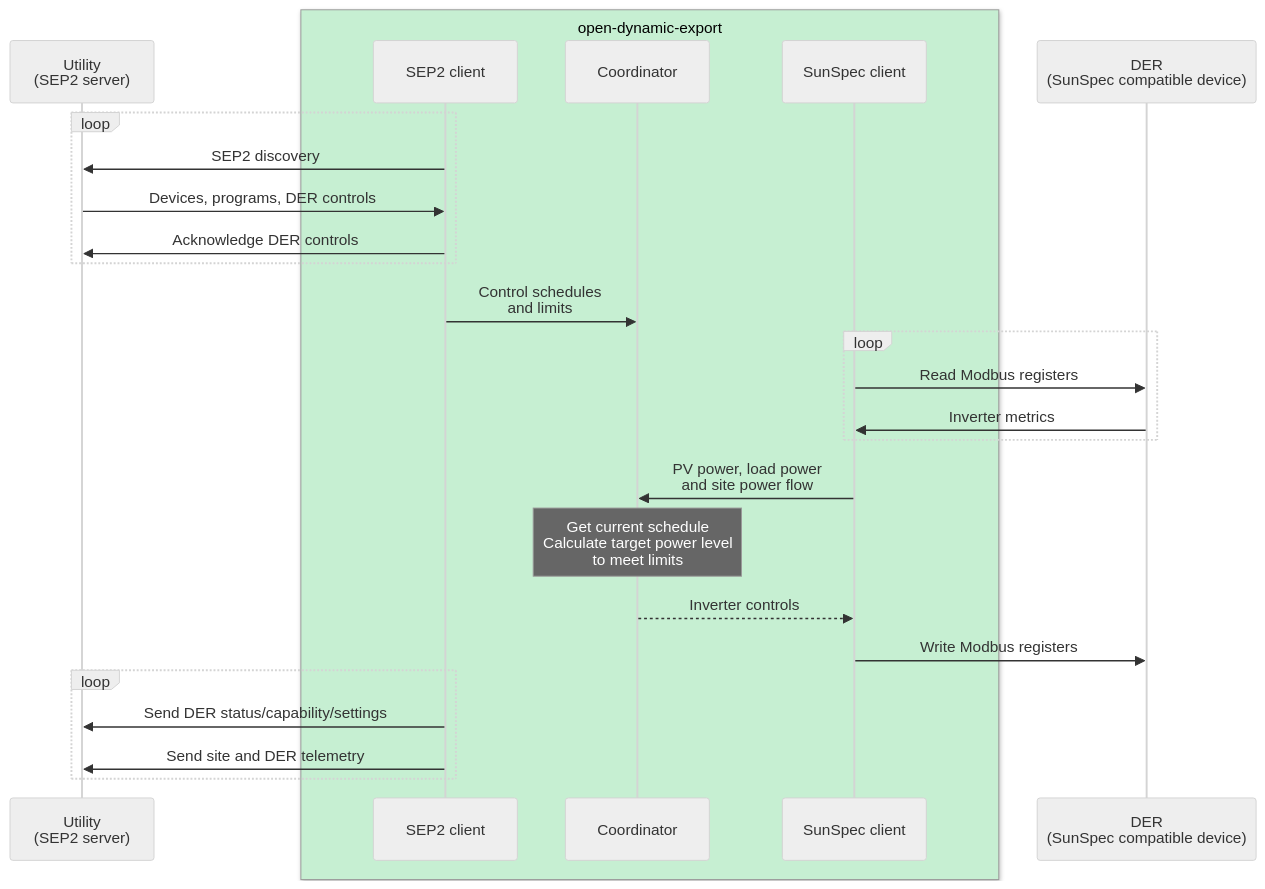
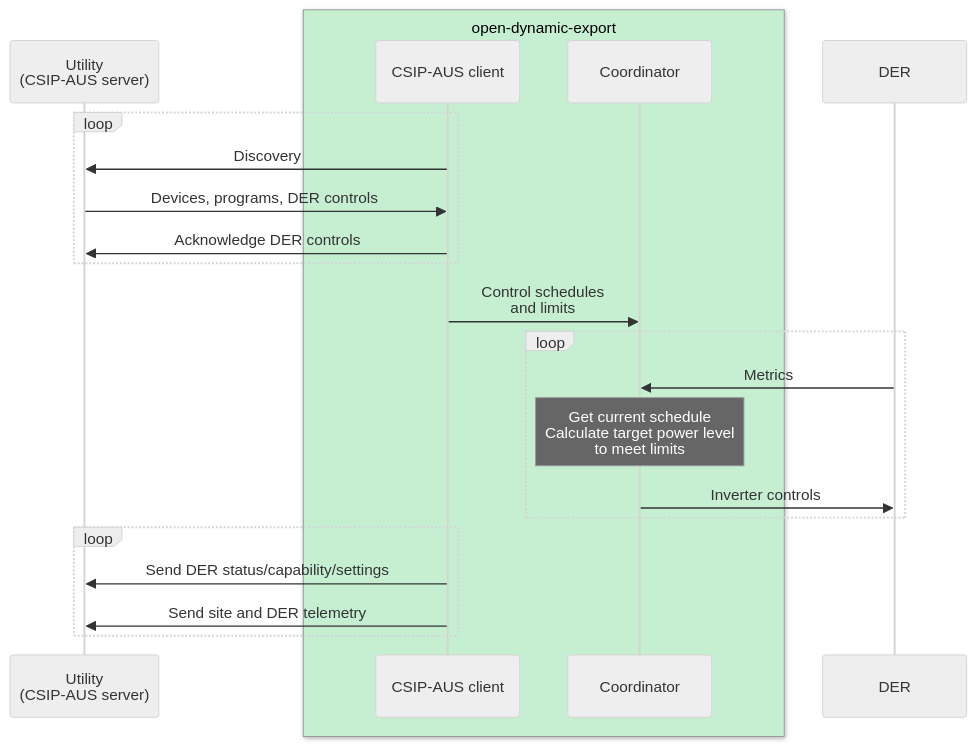
Before and after one commit to longzheng/open-dynamic-export: the second of 2 diagrams in README.md, drawn with Mermaid (neutral theme). The commit also changed other lines of this file, not shown here.

````diff
--- a/README.md
+++ b/README.md
@@ -137,40 +165,31 @@
 ```mermaid
 sequenceDiagram
-    participant U as Utility<br>(SEP2 server)
-    participant SC as SEP2 client
+    participant U as Utility<br>(CSIP-AUS server)
+    participant SC as CSIP-AUS client
     participant C as Coordinator
-    participant MC as SunSpec client
-    participant D as DER<br>(SunSpec compatible device)
+    participant D as DER
 
     loop
-    SC->>U: SEP2 discovery
+    SC->>U: Discovery
     U->>SC: Devices, programs, DER controls
     SC->>U: Acknowledge DER controls
     end
 
     SC->>C: Control schedules<br> and limits
 
     loop
-    MC->>D: Read Modbus registers
-    D->>MC: Inverter metrics
-    end
-
-    MC->>C: PV power, load power<br>and site power flow
-
+    D->>C: Metrics
     Note over C: Get current schedule<br>Calculate target power level<br>to meet limits
-
-    C-->>MC: Inverter controls
-
-    MC->>D: Write Modbus registers
+    C->>D: Inverter controls
+       end
 
     loop
     SC->>U: Send DER status/capability/settings
     SC->>U: Send site and DER telemetry
     end
 
     box rgb(198,239,210) open-dynamic-export
     participant SC
-    participant MC
     participant C
     end
 ```
````
